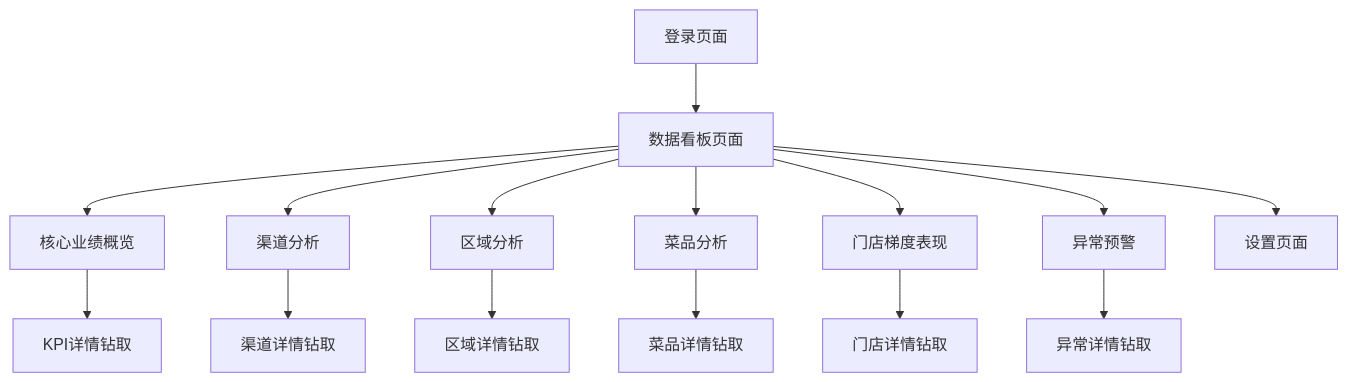
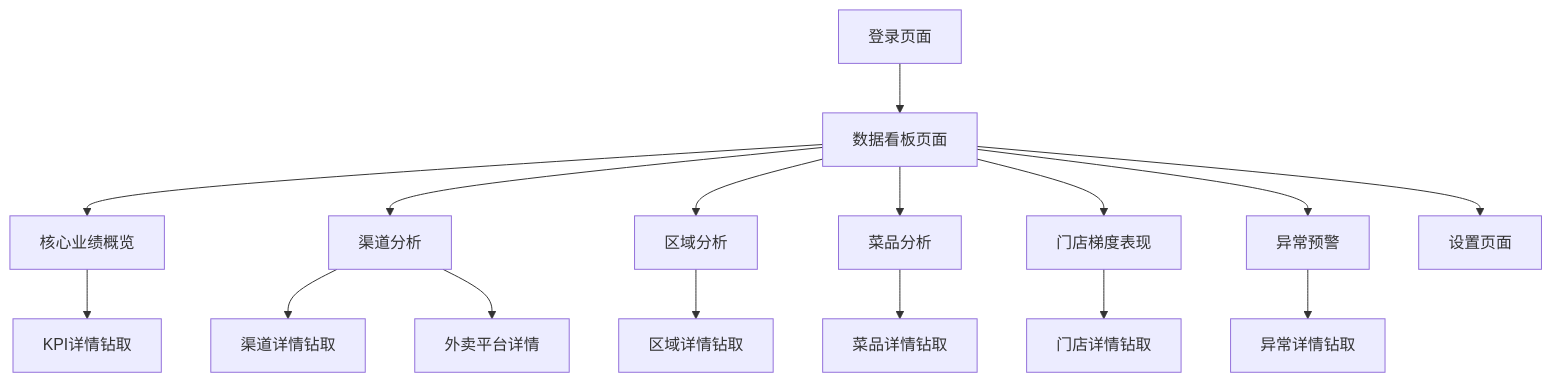
The diagram in .trae/documents/移动端老板报表数据看板产品需求文档.md (Bajie-cloud/mobile-dashboard), drawn with Mermaid before and after one commit. The commit also changed other lines of this file and 12 other files, not shown here.

````diff
--- a/.trae/documents/移动端老板报表数据看板产品需求文档.md
+++ b/.trae/documents/移动端老板报表数据看板产品需求文档.md
@@ -49,17 +53,18 @@
 ```mermaid
 graph TD
     A[登录页面] --> B[数据看板页面]
     B --> C[核心业绩概览]
     B --> D[渠道分析]
     B --> E[区域分析]
     B --> F[菜品分析]
     B --> G[门店梯度表现]
     B --> H[异常预警]
     C --> I[KPI详情钻取]
     D --> J[渠道详情钻取]
+    D --> P[外卖平台详情]
     E --> K[区域详情钻取]
     F --> L[菜品详情钻取]
     G --> M[门店详情钻取]
     H --> N[异常详情钻取]
     B --> O[设置页面]
 ```
````
